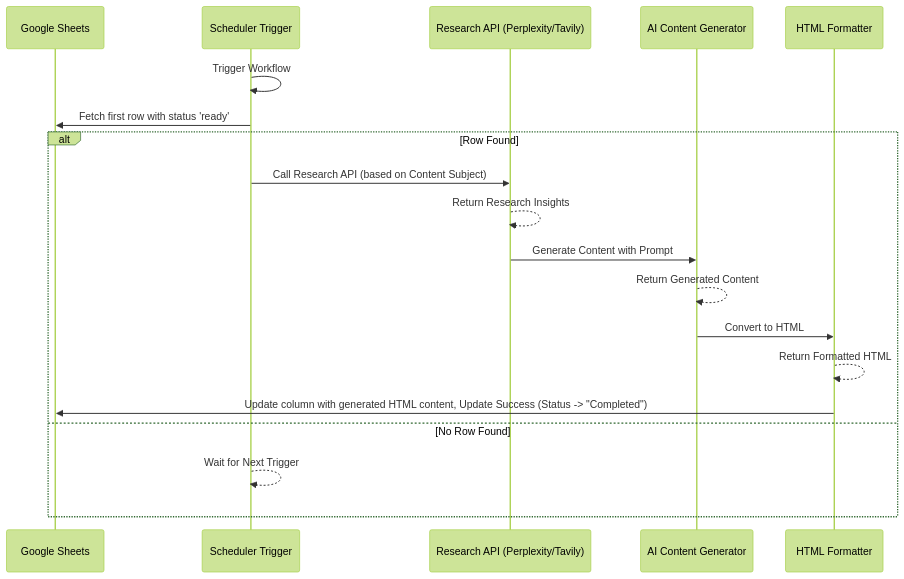
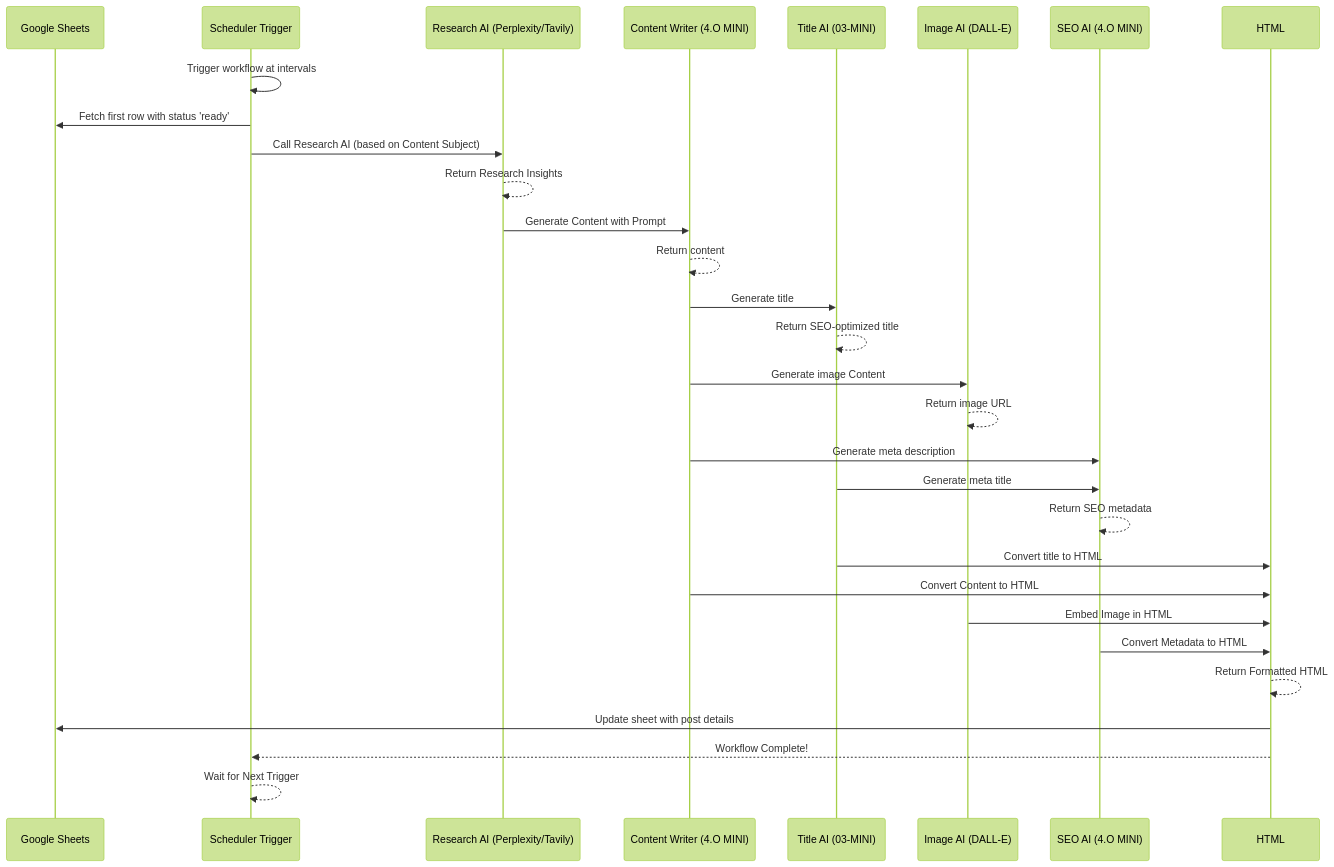
Before and after one commit to kamalyui9/bi-ai-portcities: the diagram in workflow-content-marketing.md, drawn with Mermaid (forest theme).

````diff
--- a/workflow-content-marketing.md
+++ b/workflow-content-marketing.md
@@ -3,27 +3,42 @@
 ```mermaid
 sequenceDiagram
     participant GoogleSheets as Google Sheets
     participant Scheduler as Scheduler Trigger
-    participant API as Research API (Perplexity/Tavily)
-    participant AI as AI Content Generator
-    participant HTML as HTML Formatter
+    participant AIResearch as Research AI (Perplexity/Tavily)
+    participant AIContent as Content Writer (4.O MINI)
+    participant AITitle as Title AI (03-MINI)
+    participant AIImage as Image AI (DALL-E)
+    participant SEO as SEO AI (4.O MINI)
+    participant HTML as HTML
 
-    Scheduler->>Scheduler: Trigger Workflow
+    Scheduler->>Scheduler: Trigger workflow at intervals
     Scheduler->>GoogleSheets: Fetch first row with status 'ready'
     
-    alt Row Found
-        Scheduler->>API: Call Research API (based on Content Subject)
-        API-->>API: Return Research Insights
-        
-        API->>AI: Generate Content with Prompt
-        AI-->>AI: Return Generated Content
-        
-        AI->>HTML: Convert to HTML
-        HTML-->>HTML: Return Formatted HTML
-        
-        HTML->>GoogleSheets: Update column with generated HTML content, Update Success (Status -> "Completed")
-    else No Row Found
-        Scheduler-->>Scheduler: Wait for Next Trigger
-    end
+    Scheduler->>AIResearch: Call Research AI (based on Content Subject)
+    AIResearch-->>AIResearch: Return Research Insights
+
+    AIResearch->>AIContent: Generate Content with Prompt
+    AIContent-->>AIContent: Return content
+    
+    AIContent->>AITitle: Generate title
+    AITitle-->>AITitle: Return SEO-optimized title
+    
+    AIContent->>AIImage: Generate image Content
+    AIImage-->>AIImage: Return image URL
+    
+    AIContent->>SEO: Generate meta description
+    AITitle->>SEO: Generate meta title
+    SEO-->>SEO: Return SEO metadata
+
+    AITitle->>HTML: Convert title to HTML
+    AIContent->>HTML: Convert Content to HTML
+    AIImage->>HTML: Embed Image in HTML
+    SEO->>HTML: Convert Metadata to HTML
+    HTML-->>HTML: Return Formatted HTML
+    
+    HTML->>GoogleSheets: Update sheet with post details    
+    HTML-->>Scheduler: Workflow Complete!
+    Scheduler-->>Scheduler: Wait for Next Trigger
+
 
 ```
````
